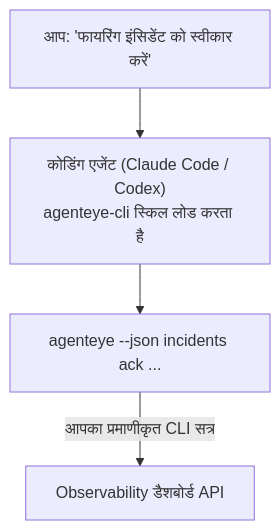
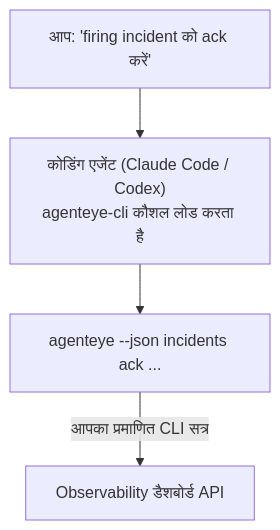
The diagram in docs/hi/agenteye/cli-skill.mdx (FailproofAI/failproofai), drawn with Mermaid before and after one commit. The commit also changed other lines of this file and 654 other files, not shown here.

````diff
--- a/docs/hi/agenteye/cli-skill.mdx
+++ b/docs/hi/agenteye/cli-skill.mdx
@@ -29,6 +28,6 @@
 ```mermaid
 flowchart TD
-    YOU["आप: 'फायरिंग इंसिडेंट को स्वीकार करें'"] --> AGENT["कोडिंग एजेंट (Claude Code / Codex)<br/>agenteye-cli स्किल लोड करता है"]
+    YOU["आप: 'firing incident को ack करें'"] --> AGENT["कोडिंग एजेंट (Claude Code / Codex)<br/>agenteye-cli कौशल लोड करता है"]
     AGENT --> CLI["agenteye --json incidents ack ..."]
-    CLI -->|आपका प्रमाणीकृत CLI सत्र| API["Observability डैशबोर्ड API"]
+    CLI -->|आपका प्रमाणित CLI सत्र| API["Observability डैशबोर्ड API"]
 ```
````
